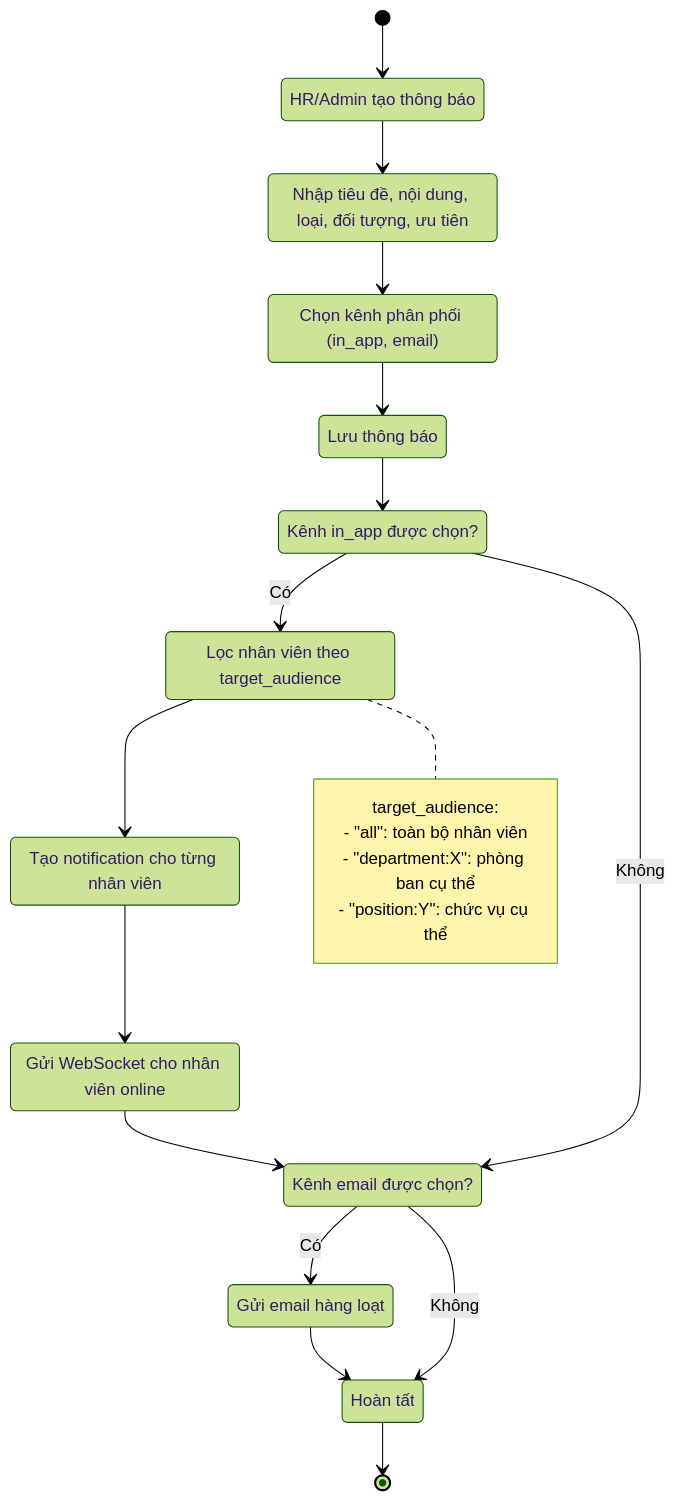
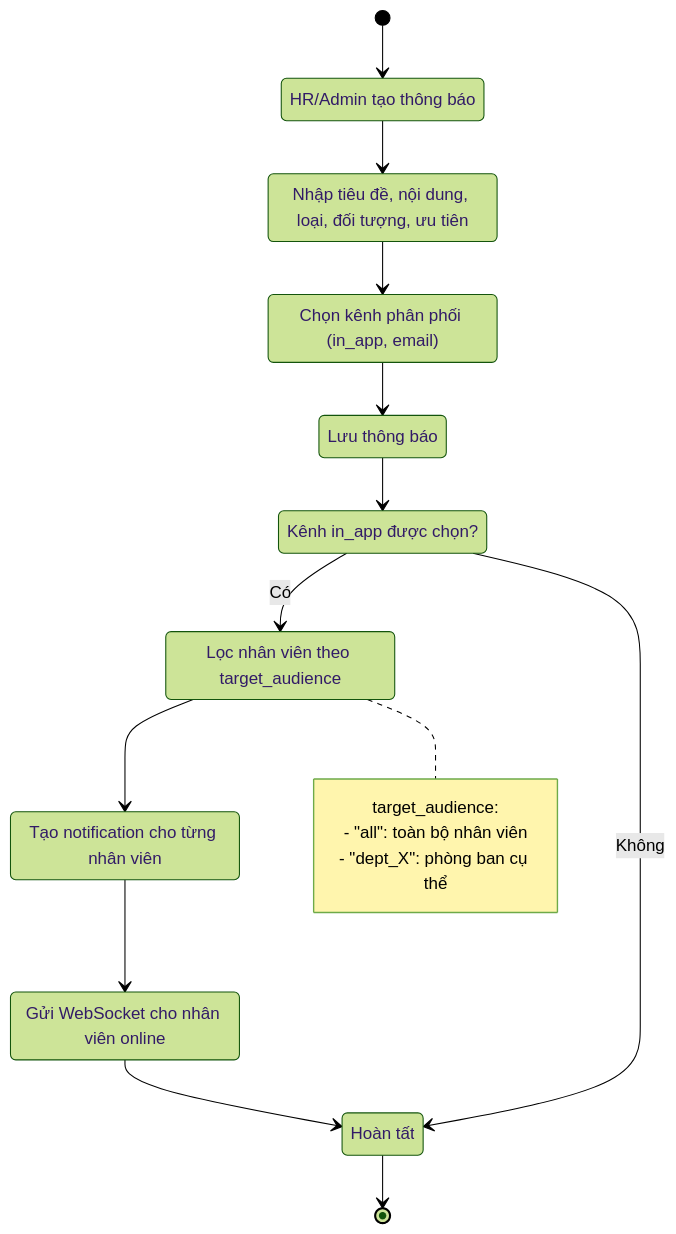
One commit to Luo-Zhii/HRM-Gene changed diagram 12 of 16 in docs/activity-diagram.md. Above: the diagram before and after it, drawn with Mermaid (forest theme). The commit also changed other lines of this file and 2 other files, not shown here.

````diff
--- a/docs/activity-diagram.md
+++ b/docs/activity-diagram.md
@@ -550,39 +544,32 @@
 ```mermaid
 stateDiagram-v2
     state "HR/Admin tạo thông báo" as create
     state "Nhập tiêu đề, nội dung, loại, đối tượng, ưu tiên" as input_fields
     state "Chọn kênh phân phối (in_app, email)" as select_channels
     state "Lưu thông báo" as save
     state "Kênh in_app được chọn?" as check_inapp
     state "Lọc nhân viên theo target_audience" as filter_emp
     state "Tạo notification cho từng nhân viên" as create_notifs
     state "Gửi WebSocket cho nhân viên online" as push_ws
-    state "Kênh email được chọn?" as check_email
-    state "Gửi email hàng loạt" as send_emails
     state "Hoàn tất" as done
 
     [*] --> create
     create --> input_fields
     input_fields --> select_channels
     select_channels --> save
     save --> check_inapp
 
     check_inapp --> filter_emp : Có
-    check_inapp --> check_email : Không
+    check_inapp --> done : Không
 
     filter_emp --> create_notifs
     create_notifs --> push_ws
-    push_ws --> check_email
-
-    check_email --> send_emails : Có
-    check_email --> done : Không
-    send_emails --> done
+    push_ws --> done
     done --> [*]
 
     note right of filter_emp
         target_audience:
         - "all": toàn bộ nhân viên
-        - "department:X": phòng ban cụ thể
-        - "position:Y": chức vụ cụ thể
+        - "dept_X": phòng ban cụ thể
     end note
 ```
````
